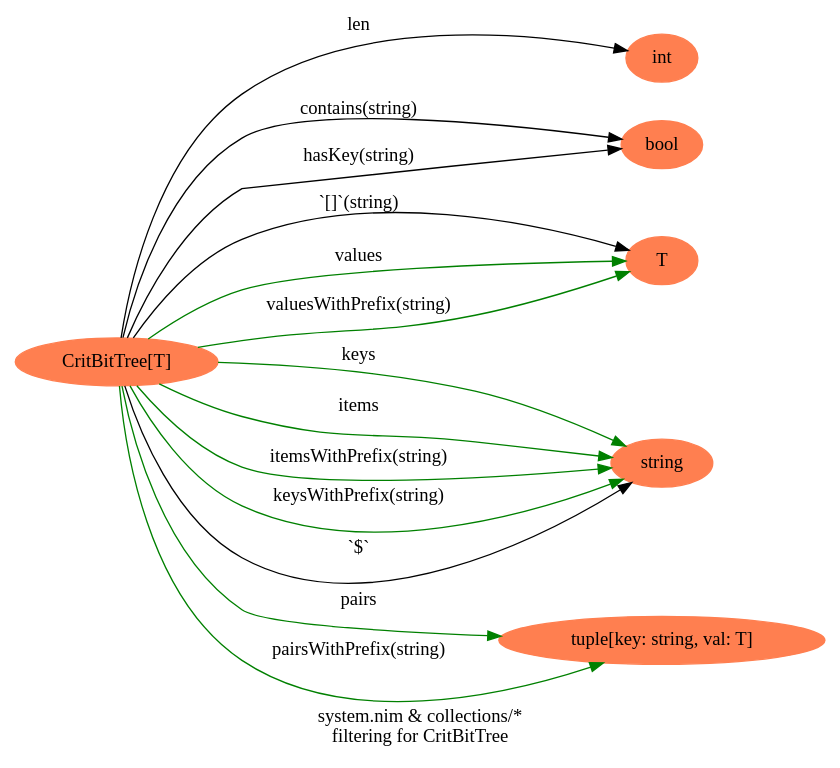
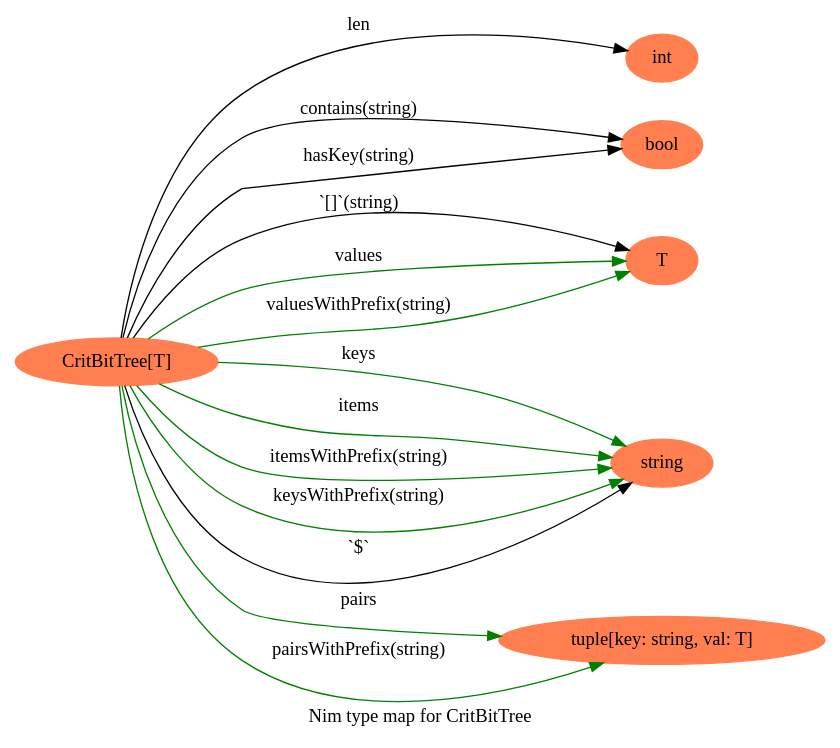
Before and after one commit to petermora/nimDot: the diagram in output/CritBitTree.dot, drawn with Graphviz. The commit also changed 31 other files, not shown here.

```diff
--- a/output/CritBitTree.dot
+++ b/output/CritBitTree.dot
@@ -1,26 +1,25 @@
 digraph {
 graph [
-label = "system.nim & collections/*
-filtering for CritBitTree";
+label = "Nim type map for CritBitTree";
 rankdir=LR;
 ];
 node[color=coral, style=filled, label="CritBitTree[T]" ] N0;
 node[color=coral, style=filled, label="int" ] N1;
 N0 -> N1 [color="", label="len" ];
 node[color=coral, style=filled, label="bool" ] N2;
 N0 -> N2 [color="", label="contains(string)" ];
 N0 -> N2 [color="", label="hasKey(string)" ];
 node[color=coral, style=filled, label="T" ] N3;
 N0 -> N3 [color="", label="`[]`(string)" ];
 node[color=coral, style=filled, label="string" ] N4;
 N0 -> N4 [color="green", label="keys" ];
 N0 -> N3 [color="green", label="values" ];
 N0 -> N4 [color="green", label="items" ];
 node[color=coral, style=filled, label="tuple[key: string, val: T]" ] N5;
 N0 -> N5 [color="green", label="pairs" ];
 N0 -> N4 [color="green", label="itemsWithPrefix(string)" ];
 N0 -> N4 [color="green", label="keysWithPrefix(string)" ];
 N0 -> N3 [color="green", label="valuesWithPrefix(string)" ];
 N0 -> N5 [color="green", label="pairsWithPrefix(string)" ];
 N0 -> N4 [color="", label="`$`" ];
 }
```
